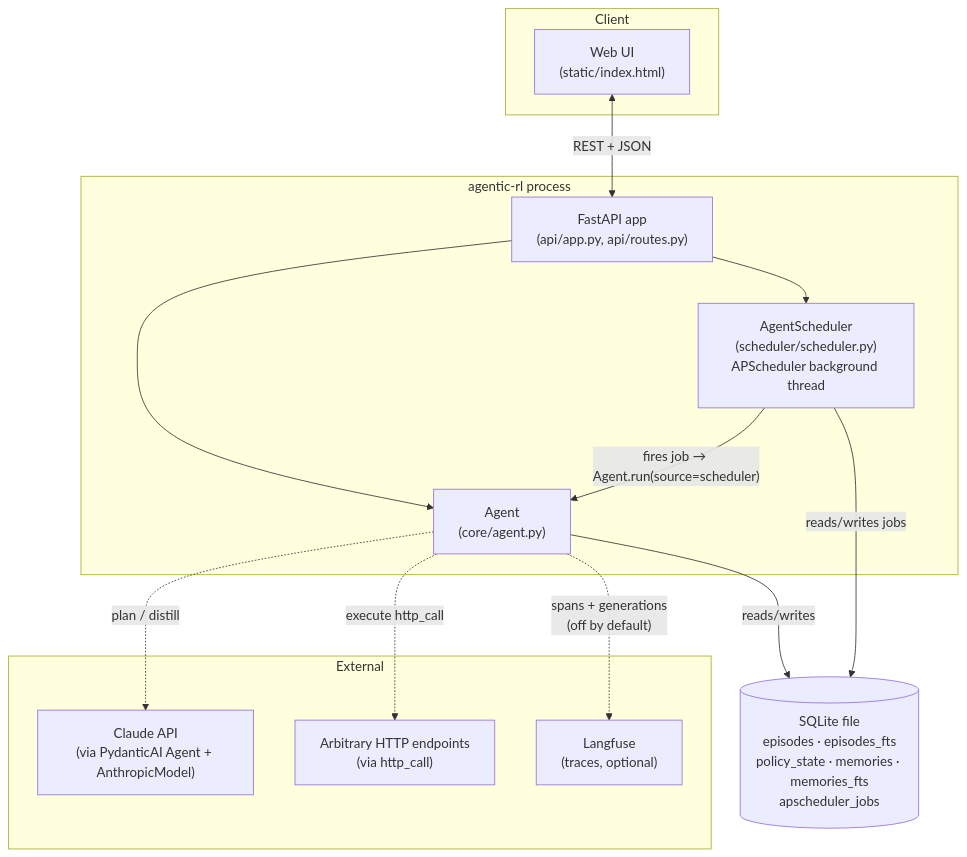
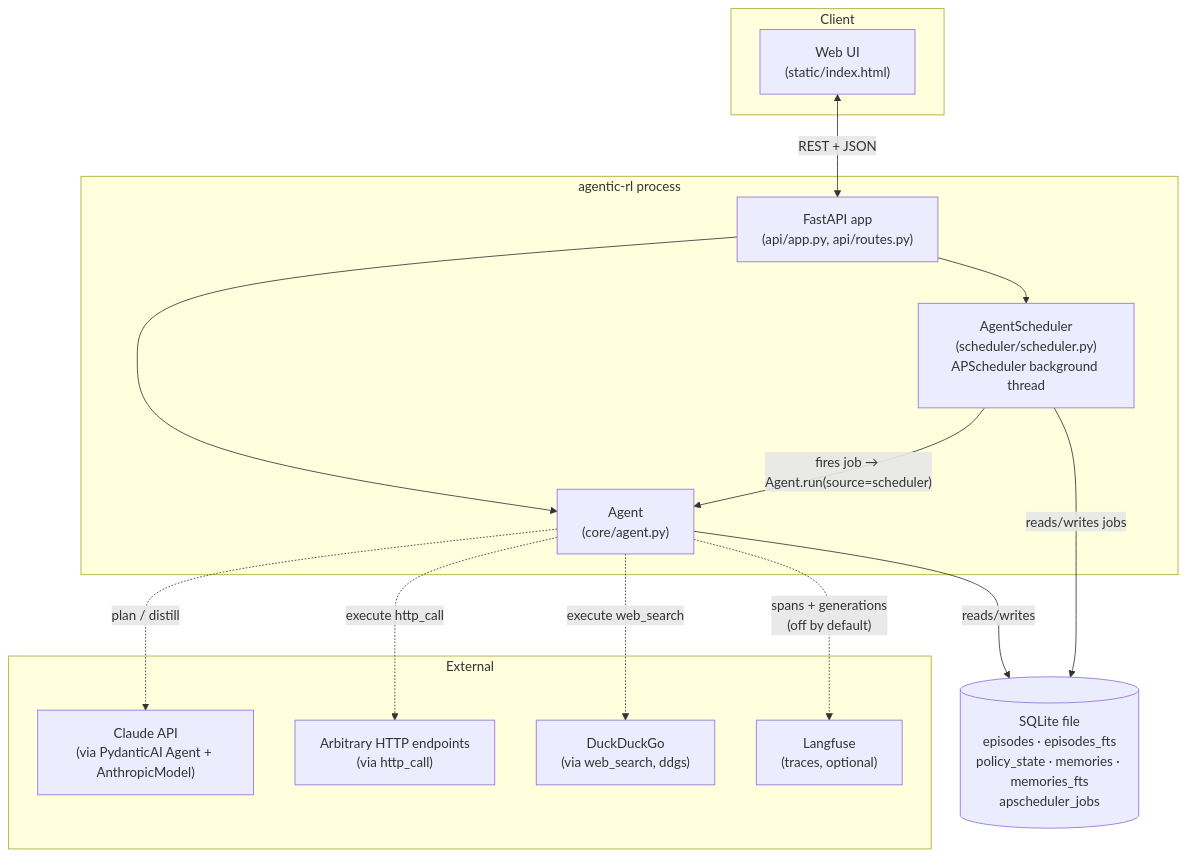
The first of 6 diagrams in docs/ARCHITECTURE.md (nadermedhet148/agentic-rl), drawn with Mermaid before and after one commit. The commit also changed other lines of this file and 35 other files, not shown here.

````diff
--- a/docs/ARCHITECTURE.md
+++ b/docs/ARCHITECTURE.md
@@ -15,30 +15,32 @@
 ```mermaid
 graph TB
     subgraph Client
         UI["Web UI<br/>(static/index.html)"]
     end
 
     subgraph Process["agentic-rl process"]
         API["FastAPI app<br/>(api/app.py, api/routes.py)"]
         Agent["Agent<br/>(core/agent.py)"]
         Sched["AgentScheduler<br/>(scheduler/scheduler.py)<br/>APScheduler background thread"]
     end
 
     subgraph External
         Claude["Claude API<br/>(via PydanticAI Agent + AnthropicModel)"]
         HTTP["Arbitrary HTTP endpoints<br/>(via http_call)"]
+        DDG["DuckDuckGo<br/>(via web_search, ddgs)"]
         Langfuse["Langfuse<br/>(traces, optional)"]
     end
 
     DB[("SQLite file<br/>episodes · episodes_fts<br/>policy_state · memories · memories_fts<br/>apscheduler_jobs")]
 
     UI <-->|"REST + JSON"| API
     API --> Agent
     API --> Sched
     Sched -->|"fires job → Agent.run(source=scheduler)"| Agent
     Agent -->|reads/writes| DB
     Sched -->|reads/writes jobs| DB
     Agent -.->|plan / distill| Claude
     Agent -.->|execute http_call| HTTP
+    Agent -.->|execute web_search| DDG
     Agent -.->|"spans + generations<br/>(off by default)"| Langfuse
 ```
````
